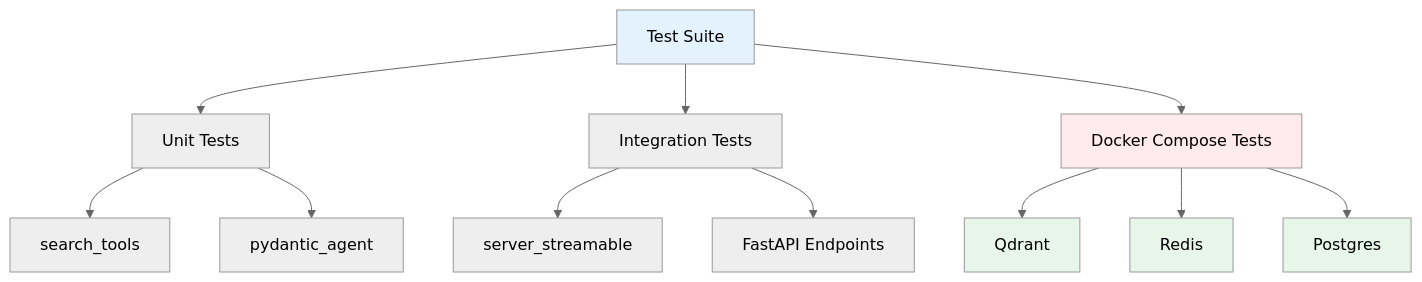
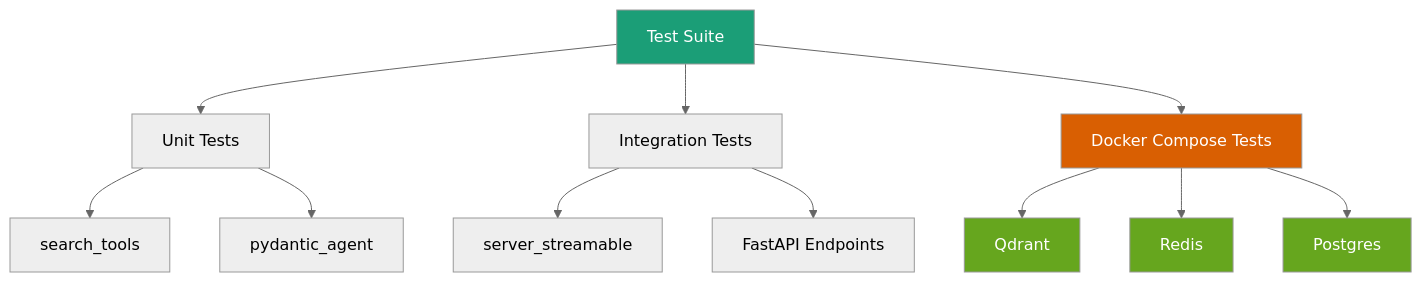
Before and after one commit to vishnu2kmohan/mcp-server-langgraph: the diagram in docs/releases/v2-8-0.mdx, drawn with Mermaid (neutral theme). The commit also changed 4 other files, not shown here.

First line of the commit message:
style: update Mermaid diagrams to dark mode-friendly ColorBrewer2 palette

````diff
--- a/docs/releases/v2-8-0.mdx
+++ b/docs/releases/v2-8-0.mdx
@@ -332,22 +332,22 @@
 ```mermaid
 graph TB
     A[Test Suite] --> B[Unit Tests]
     A --> C[Integration Tests]
     A --> D[Docker Compose Tests]
 
     B --> E[search_tools]
     B --> F[pydantic_agent]
 
     C --> G[server_streamable]
     C --> H[FastAPI Endpoints]
 
     D --> I[Qdrant]
     D --> J[Redis]
     D --> K[Postgres]
 
-    style A fill:#e3f2fd
-    style D fill:#ffebee
-    style I fill:#e8f5e9
-    style J fill:#e8f5e9
-    style K fill:#e8f5e9
+    style A fill:#1b9e77,color:#fff
+    style D fill:#d95f02,color:#fff
+    style I fill:#66a61e,color:#fff
+    style J fill:#66a61e,color:#fff
+    style K fill:#66a61e,color:#fff
 ```
````
